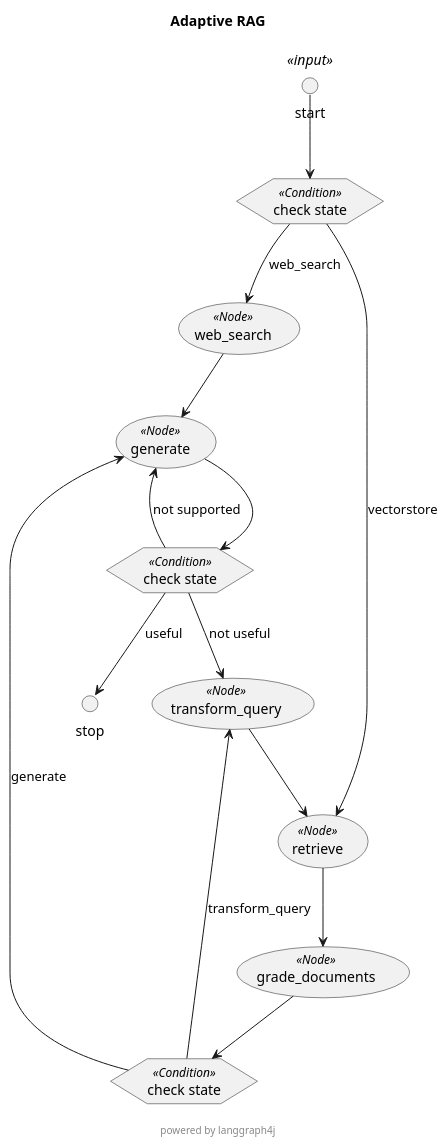
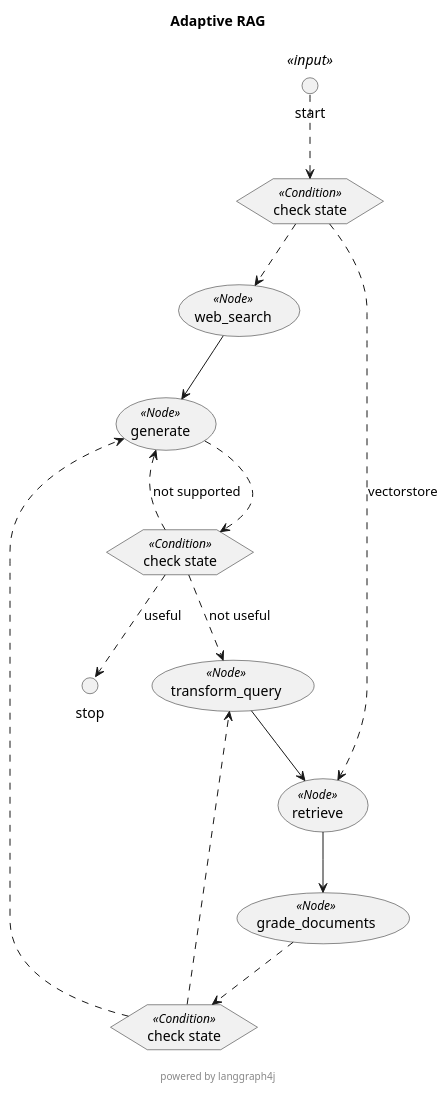
Before and after one commit to feuyeux/hello-langgraph: the diagram in hello-langgraph-java/plantUm.puml, drawn with PlantUML. The commit also changed 12 other files, not shown here.

```diff
--- a/hello-langgraph-java/plantUm.puml
+++ b/hello-langgraph-java/plantUm.puml
@@ -1,41 +1,41 @@
 @startuml Adaptive_RAG
 skinparam usecaseFontSize 14
 skinparam usecaseStereotypeFontSize 12
 skinparam hexagonFontSize 14
 skinparam hexagonStereotypeFontSize 12
 title "Adaptive RAG"
 footer
 
 powered by langgraph4j
 end footer
 circle start<<input>> as __START__
 circle stop as __END__
 usecase "web_search"<<Node>>
 usecase "retrieve"<<Node>>
 usecase "generate"<<Node>>
 usecase "grade_documents"<<Node>>
 usecase "transform_query"<<Node>>
 hexagon "check state" as condition1<<Condition>>
 hexagon "check state" as condition2<<Condition>>
 hexagon "check state" as startcondition<<Condition>>
-"__START__" -down-> "startcondition"
-"startcondition" -down-> "web_search": "web_search"
-'"__START__" -down-> "web_search": "web_search"
-"startcondition" -down-> "retrieve": "vectorstore"
-'"__START__" -down-> "retrieve": "vectorstore"
+"__START__" .down.> "startcondition"
+"startcondition" .down.> "web_search"
+'"__START__" .down.> "web_search"
+"startcondition" .down.> "retrieve": "vectorstore"
+'"__START__" .down.> "retrieve": "vectorstore"
 "web_search" -down-> "generate"
 "retrieve" -down-> "grade_documents"
-"generate" -down-> "condition1"
-"condition1" -down-> "generate": "not supported"
-'"generate" -down-> "generate": "not supported"
-"condition1" -down-> "transform_query": "not useful"
-'"generate" -down-> "transform_query": "not useful"
-"condition1" -down-> "__END__": "useful"
-'"generate" -down-> "__END__": "useful"
-"grade_documents" -down-> "condition2"
-"condition2" -down-> "transform_query": "transform_query"
-'"grade_documents" -down-> "transform_query": "transform_query"
-"condition2" -down-> "generate": "generate"
-'"grade_documents" -down-> "generate": "generate"
+"generate" .down.> "condition1"
+"condition1" .down.> "generate": "not supported"
+'"generate" .down.> "generate": "not supported"
+"condition1" .down.> "transform_query": "not useful"
+'"generate" .down.> "transform_query": "not useful"
+"condition1" .down.> "__END__": "useful"
+'"generate" .down.> "__END__": "useful"
+"grade_documents" .down.> "condition2"
+"condition2" .down.> "transform_query"
+'"grade_documents" .down.> "transform_query"
+"condition2" .down.> "generate"
+'"grade_documents" .down.> "generate"
 "transform_query" -down-> "retrieve"
 @enduml
```
